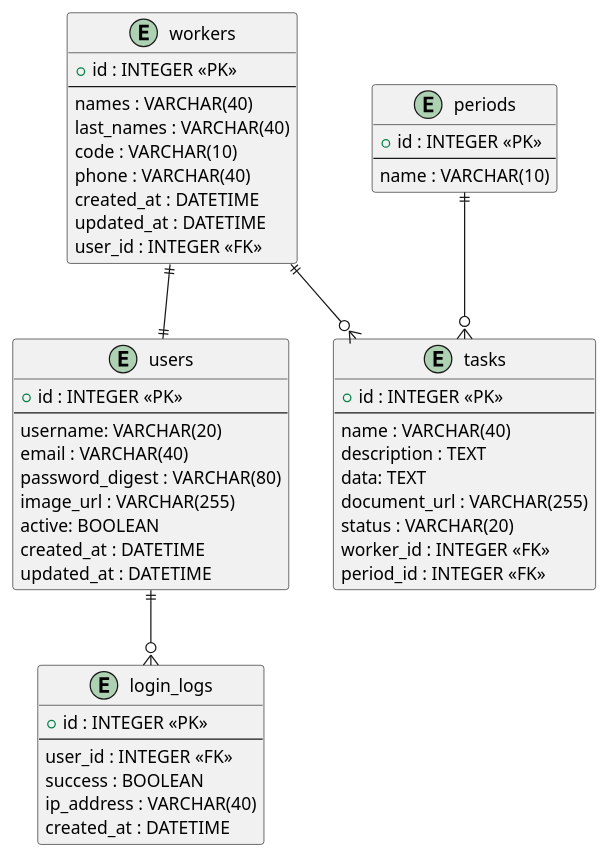
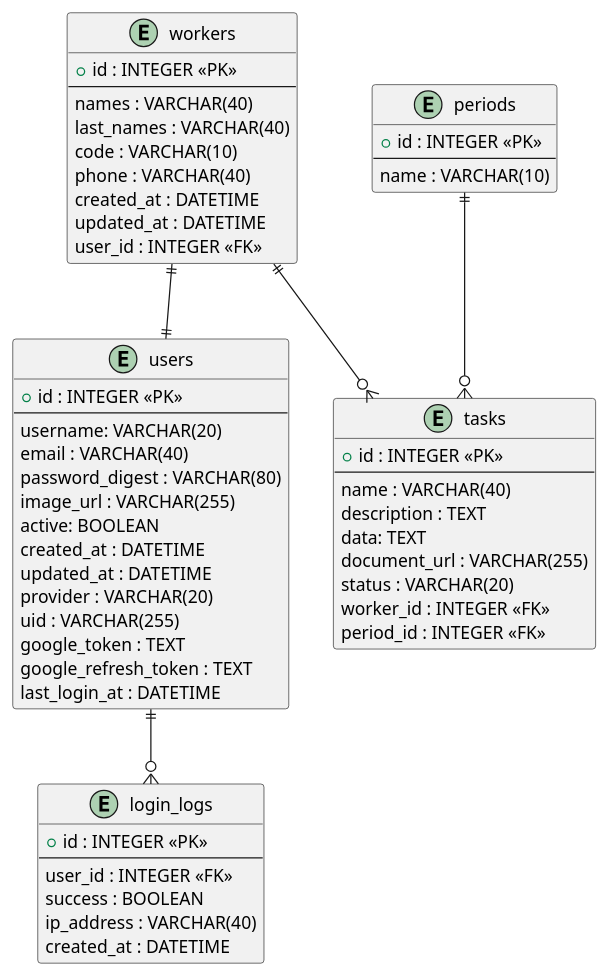
One commit to pepeul1191/abet-rails changed the diagram in docs/schema.puml. Above: the diagram before and after it, drawn with PlantUML. The commit also changed 13 other files, not shown here.

Commit message:
avance login con google

```diff
--- a/docs/schema.puml
+++ b/docs/schema.puml
@@ -1,59 +1,63 @@
 @startuml
 
 entity users {
   +id : INTEGER <<PK>>
   --
   username: VARCHAR(20)
   email : VARCHAR(40)
   password_digest : VARCHAR(80)
   image_url : VARCHAR(255)
   active: BOOLEAN
   created_at : DATETIME
   updated_at : DATETIME
+  provider : VARCHAR(20)
+  uid : VARCHAR(255)
+  google_token : TEXT
+  google_refresh_token : TEXT
+  last_login_at : DATETIME
 }
-
 entity workers {
   +id : INTEGER <<PK>>
   --
   names : VARCHAR(40)
   last_names : VARCHAR(40)
   code : VARCHAR(10)
   phone : VARCHAR(40)
   created_at : DATETIME
   updated_at : DATETIME
   user_id : INTEGER <<FK>>
 }
 
 entity login_logs {
   +id : INTEGER <<PK>>
   --
   user_id : INTEGER <<FK>>
   success : BOOLEAN
   ip_address : VARCHAR(40)
   created_at : DATETIME
 }
 
 entity tasks {
   +id : INTEGER <<PK>>
   --
   name : VARCHAR(40)
   description : TEXT
   data: TEXT
   document_url : VARCHAR(255)
   status : VARCHAR(20)
   worker_id : INTEGER <<FK>>
   period_id : INTEGER <<FK>>
 }
 
 entity periods {
   +id : INTEGER <<PK>>
   --
   name : VARCHAR(10)
 }
 
 users ||--o{ login_logs
 workers ||--|| users
 workers ||--o{ tasks
 periods ||--o{ tasks
 
 @enduml
```
